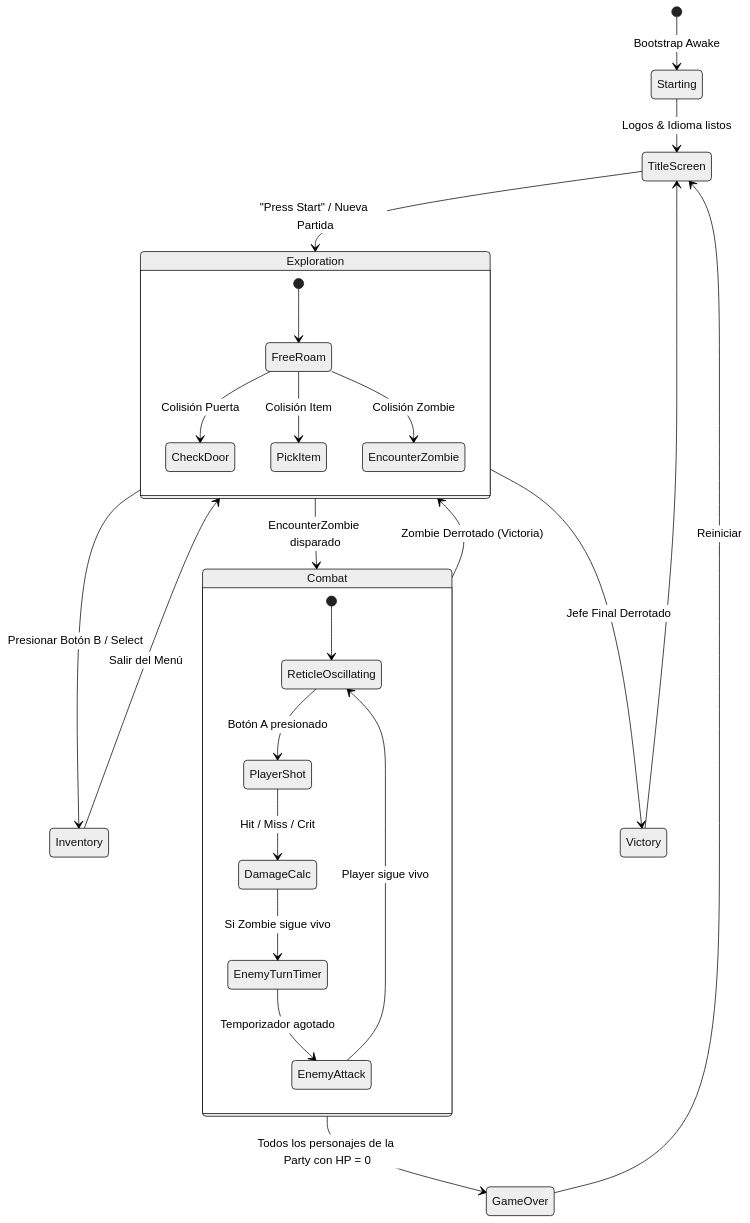
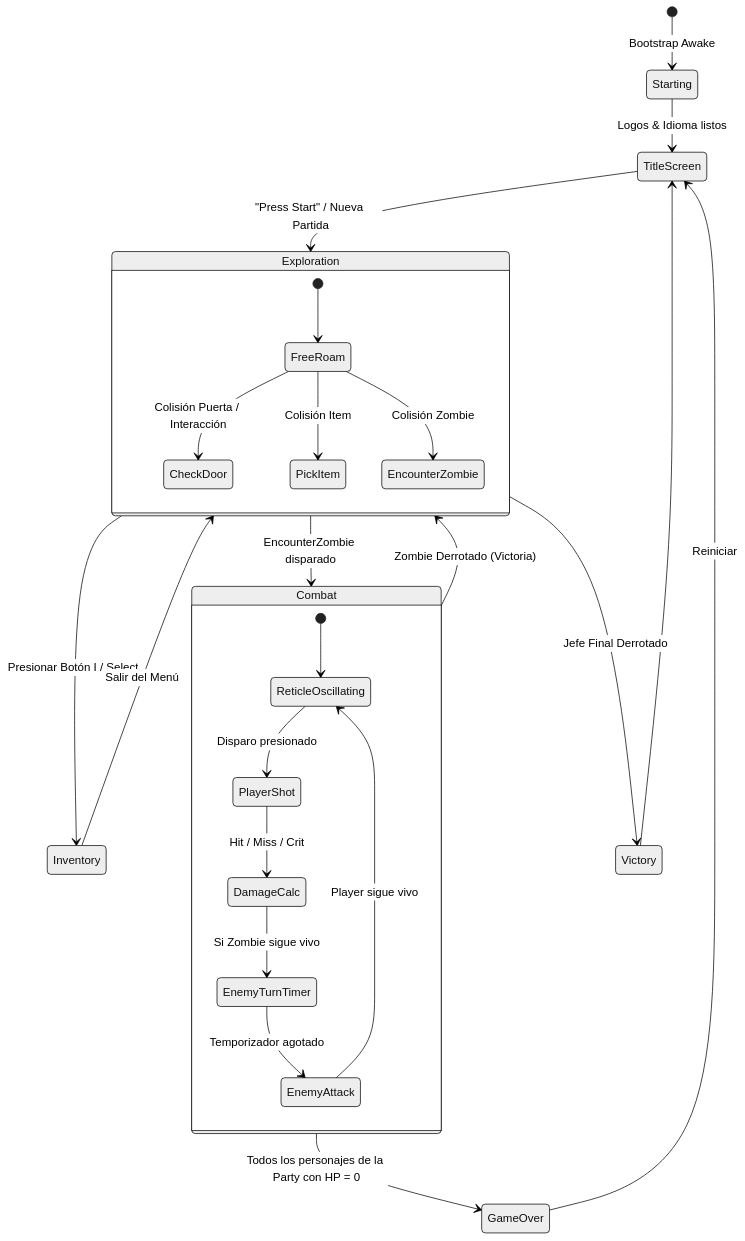
One commit to matichanx3x3/proyectoGaiden changed the diagram in Documentación/01 - Arquitectura General/01.3 - Ciclo de Vida y Maquina de Estados Global.md. Above: the diagram before and after it, drawn with Mermaid (neutral theme). The commit also changed other lines of this file and 506 other files, not shown here.

````diff
--- a/Documentación/01 - Arquitectura General/01.3 - Ciclo de Vida y Maquina de Estados Global.md
+++ b/Documentación/01 - Arquitectura General/01.3 - Ciclo de Vida y Maquina de Estados Global.md
@@ -23,34 +23,34 @@
 ```mermaid
 stateDiagram-v2
     [*] --> Starting: Bootstrap Awake
     Starting --> TitleScreen: Logos & Idioma listos
     TitleScreen --> Exploration: "Press Start" / Nueva Partida
     
     state Exploration {
         [*] --> FreeRoam
-        FreeRoam --> CheckDoor: Colisión Puerta
+        FreeRoam --> CheckDoor: Colisión Puerta / Interacción
         FreeRoam --> PickItem: Colisión Item
         FreeRoam --> EncounterZombie: Colisión Zombie
     }
     
-    Exploration --> Inventory: Presionar Botón B / Select
+    Exploration --> Inventory: Presionar Botón I / Select
     Inventory --> Exploration: Salir del Menú
     
     Exploration --> Combat: EncounterZombie disparado
     
     state Combat {
         [*] --> ReticleOscillating
-        ReticleOscillating --> PlayerShot: Botón A presionado
+        ReticleOscillating --> PlayerShot: Disparo presionado
         PlayerShot --> DamageCalc: Hit / Miss / Crit
         DamageCalc --> EnemyTurnTimer: Si Zombie sigue vivo
         EnemyTurnTimer --> EnemyAttack: Temporizador agotado
         EnemyAttack --> ReticleOscillating: Player sigue vivo
     }
     
     Combat --> Exploration: Zombie Derrotado (Victoria)
     Combat --> GameOver: Todos los personajes de la Party con HP = 0
     
     GameOver --> TitleScreen: Reiniciar
     Exploration --> Victory: Jefe Final Derrotado
     Victory --> TitleScreen
 ```
````
